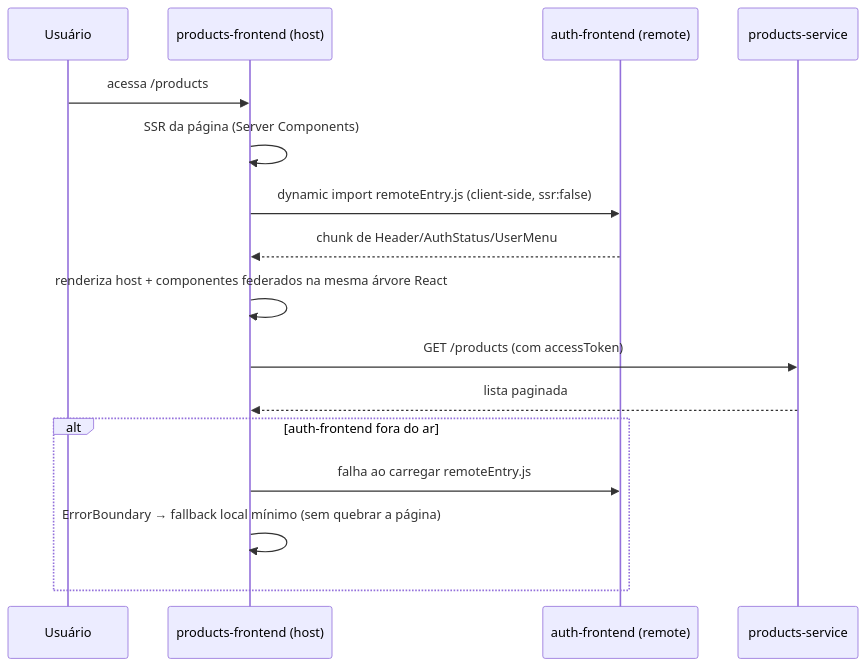
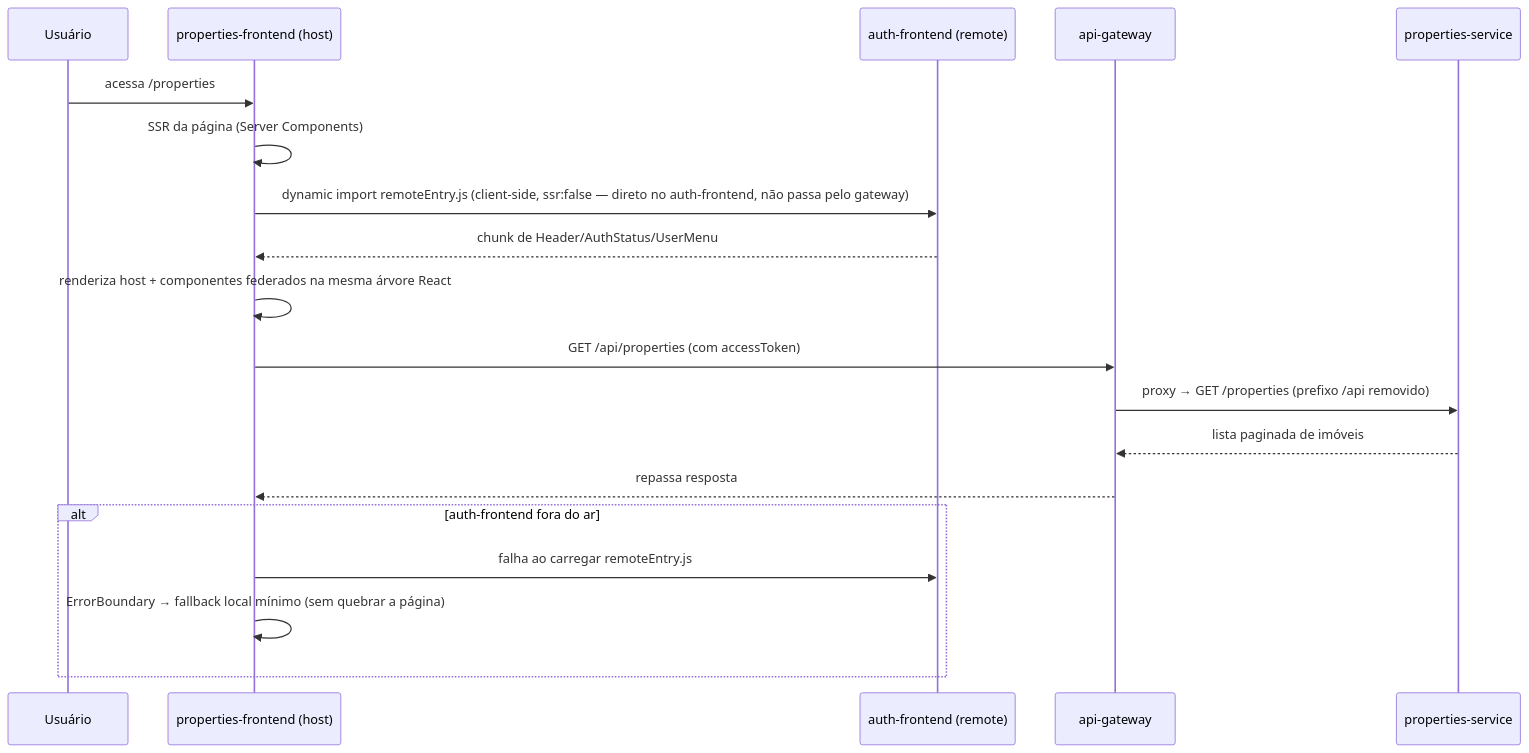
The third of 4 diagrams in docs/ARCHITECTURE.md (LucasLevingston/ImobCore), drawn with Mermaid before and after one commit. The commit also changed other lines of this file and 12 other files, not shown here.

First line of the commit message:
refactor: pivot domain from generic products to real-estate properties

````diff
--- a/docs/ARCHITECTURE.md
+++ b/docs/ARCHITECTURE.md
@@ -146,20 +166,23 @@
 ```mermaid
 sequenceDiagram
     participant U as Usuário
-    participant PF as products-frontend (host)
+    participant PF as properties-frontend (host)
     participant AF as auth-frontend (remote)
-    participant PS as products-service
+    participant GW as api-gateway
+    participant PS as properties-service
 
-    U->>PF: acessa /products
+    U->>PF: acessa /properties
     PF->>PF: SSR da página (Server Components)
-    PF->>AF: dynamic import remoteEntry.js (client-side, ssr:false)
+    PF->>AF: dynamic import remoteEntry.js (client-side, ssr:false — direto no auth-frontend, não passa pelo gateway)
     AF-->>PF: chunk de Header/AuthStatus/UserMenu
     PF->>PF: renderiza host + componentes federados na mesma árvore React
-    PF->>PS: GET /products (com accessToken)
-    PS-->>PF: lista paginada
+    PF->>GW: GET /api/properties (com accessToken)
+    GW->>PS: proxy → GET /properties (prefixo /api removido)
+    PS-->>GW: lista paginada de imóveis
+    GW-->>PF: repassa resposta
 
     alt auth-frontend fora do ar
         PF->>AF: falha ao carregar remoteEntry.js
         PF->>PF: ErrorBoundary → fallback local mínimo (sem quebrar a página)
     end
 ```
````
